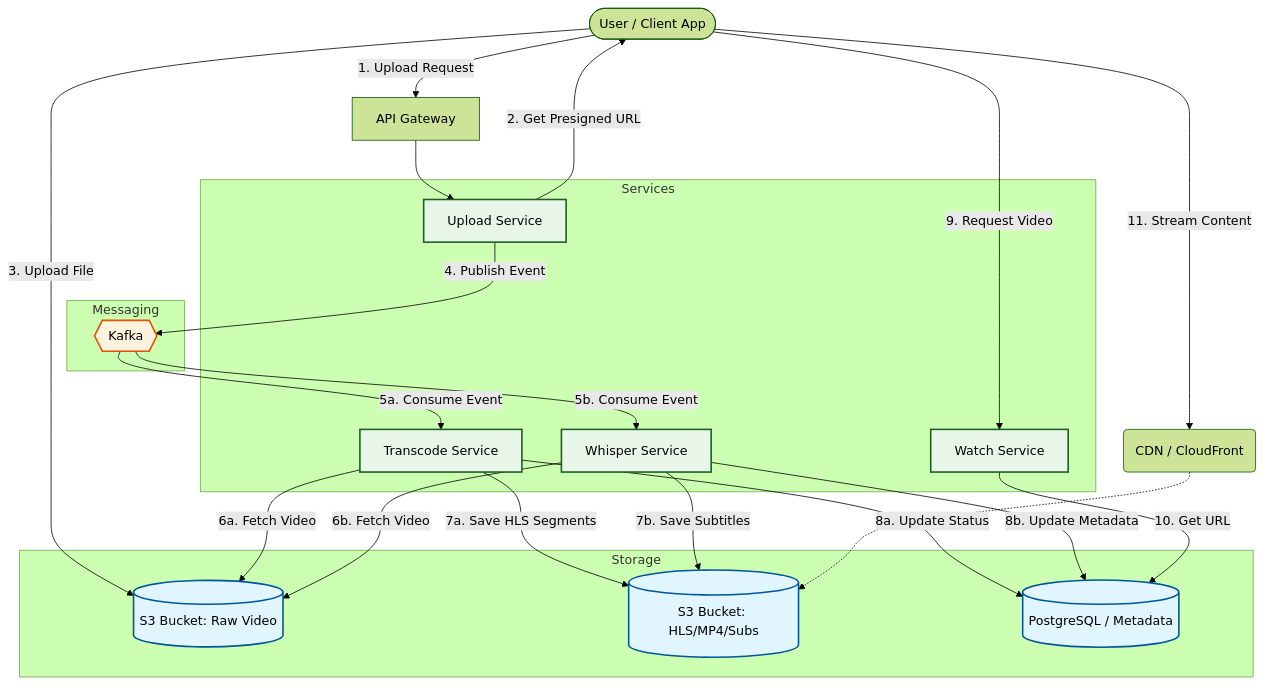
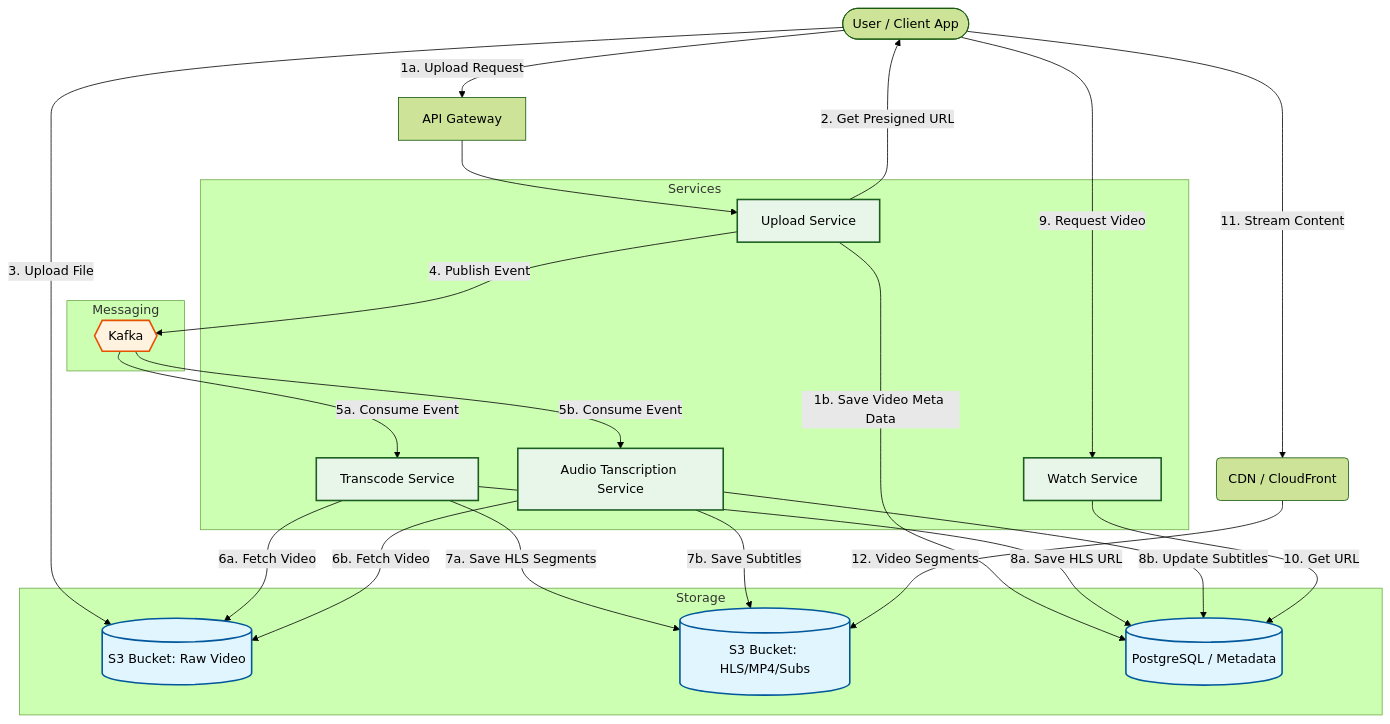
One commit to krishnadobhal/Video-Streaming changed the diagram in Readme.md. Above: the diagram before and after it, drawn with Mermaid (forest theme).

Commit message:
Update Whisper service and flow descriptions in Readme

````diff
--- a/Readme.md
+++ b/Readme.md
@@ -8,61 +8,62 @@
 ```mermaid
 flowchart TD
     %% Nodes
     Client([User / Client App])
     APIG[API Gateway]
     
     subgraph Services
         UploadSvc[Upload Service]
         TranscodeSvc[Transcode Service]
         WatchSvc[Watch Service]
-        WhisperSvc[Whisper Service]
+        WhisperSvc[Audio Tanscription Service]
     end
 
     subgraph Storage
         S3Raw[(S3 Bucket: Raw Video)]
         S3Proc[(S3 Bucket: HLS/MP4/Subs)]
         DB[(PostgreSQL / Metadata)]
     end
 
     subgraph Messaging
         Kafka{{Kafka}}
     end
 
     CDN(CDN / CloudFront)
 
     %% Connections
-    Client -- "1. Upload Request" --> APIG
+    Client -- "1a.  Upload Request" --> APIG
+    UploadSvc-- "1b. Save Video Meta Data" -->DB
     APIG --> UploadSvc
     
     UploadSvc -- "2. Get Presigned URL" --> Client
     Client -- "3. Upload File" --> S3Raw
     
     UploadSvc -- "4. Publish Event" --> Kafka
     
     %% Transcoding Flow
     Kafka -- "5a. Consume Event" --> TranscodeSvc
     TranscodeSvc -- "6a. Fetch Video" --> S3Raw
     TranscodeSvc -- "7a. Save HLS Segments" --> S3Proc
-    TranscodeSvc -- "8a. Update Status" --> DB
+    TranscodeSvc -- "8a. Save HLS URL" --> DB
 
     %% Whisper Flow
     Kafka -- "5b. Consume Event" --> WhisperSvc
     WhisperSvc -- "6b. Fetch Video" --> S3Raw
     WhisperSvc -- "7b. Save Subtitles" --> S3Proc
-    WhisperSvc -- "8b. Update Metadata" --> DB
+    WhisperSvc -- "8b. Update Subtitles" --> DB
     
     %% Playback Flow
     Client -- "9. Request Video" --> WatchSvc
     WatchSvc -- "10. Get URL" --> DB
     Client -- "11. Stream Content" --> CDN
-    CDN -.-> S3Proc
+    CDN --"12. Video Segments"--> S3Proc
 
     %% Styling
     classDef storage fill:#e1f5fe,stroke:#01579b,stroke-width:2px;
     classDef queue fill:#fff3e0,stroke:#e65100,stroke-width:2px;
     classDef service fill:#e8f5e9,stroke:#1b5e20,stroke-width:2px;
     
     class S3Raw,S3Proc,DB storage;
     class Kafka queue;
     class UploadSvc,TranscodeSvc,WatchSvc,WhisperSvc service;
 ```
````
